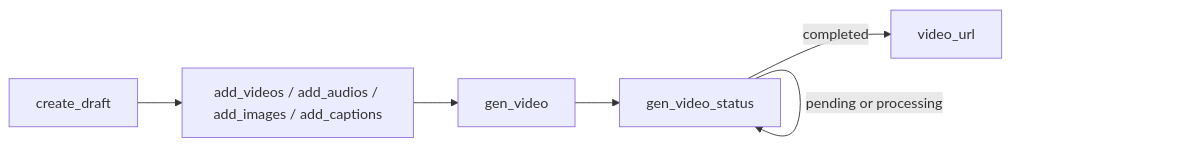
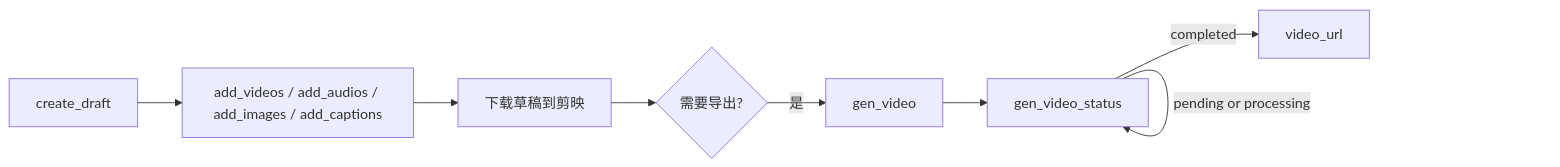
Before and after one commit to Hommy-master/capcut-mate-skill: the diagram in references/llm-guide.md, drawn with Mermaid. The commit also changed other lines of this file and 7 other files, not shown here.

````diff
--- a/references/llm-guide.md
+++ b/references/llm-guide.md
@@ -25,8 +27,10 @@
 ```mermaid
 flowchart LR
   createDraft[create_draft] --> addMedia["add_videos / add_audios / add_images / add_captions"]
-  addMedia --> genVideo[gen_video]
+  addMedia --> download[下载草稿到剪映]
+  download --> ask{需要导出?}
+  ask -->|是| genVideo[gen_video]
   genVideo --> poll[gen_video_status]
   poll -->|pending or processing| poll
   poll -->|completed| videoUrl[video_url]
 ```
````
